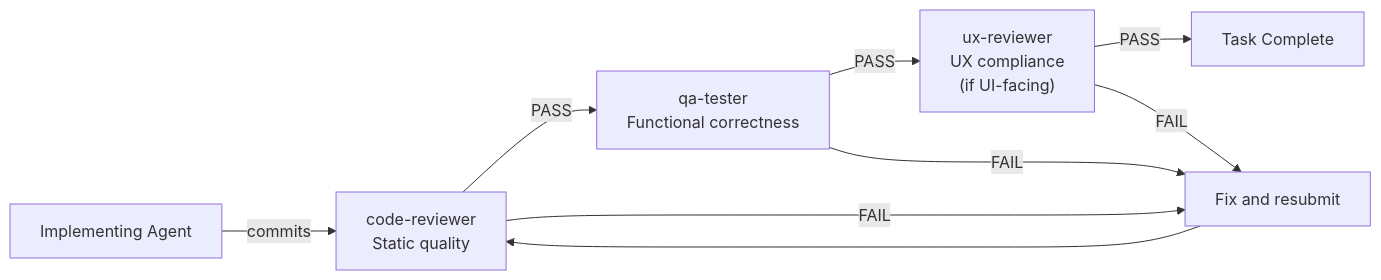
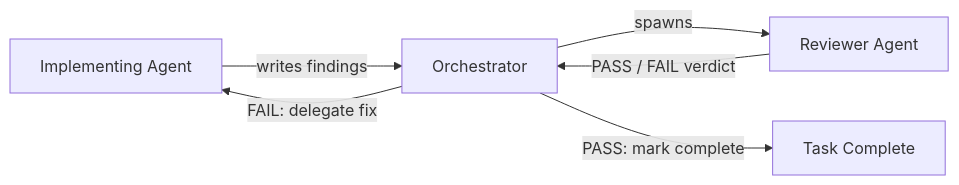
One commit to orqastudio/app changed the diagram in .orqa/documentation/platform/DOC-68a7420e.md. Above: the diagram before and after it, drawn with Mermaid. The commit also changed other lines of this file and 59 other files, not shown here.

First line of the commit message:
chore: Phase 2 artifact cleanup — architecture doc refresh

````diff
--- a/.orqa/documentation/platform/DOC-68a7420e.md
+++ b/.orqa/documentation/platform/DOC-68a7420e.md
@@ -80,11 +87,8 @@
 ```mermaid
 graph LR
-    Impl["Implementing Agent"] -->|commits| CR["code-reviewer<br/>Static quality"]
-    CR -->|PASS| QA["qa-tester<br/>Functional correctness"]
-    QA -->|PASS| UX["ux-reviewer<br/>UX compliance<br/>(if UI-facing)"]
-    UX -->|PASS| Done["Task Complete"]
-    CR -->|FAIL| Fix["Fix and resubmit"]
-    QA -->|FAIL| Fix
-    UX -->|FAIL| Fix
-    Fix --> CR
+    Impl["Implementing Agent"] -->|writes findings| Orch["Orchestrator"]
+    Orch -->|spawns| Rev["Reviewer Agent"]
+    Rev -->|"PASS / FAIL verdict"| Orch
+    Orch -->|"PASS: mark complete"| Done["Task Complete"]
+    Orch -->|"FAIL: delegate fix"| Impl
 ```
````
